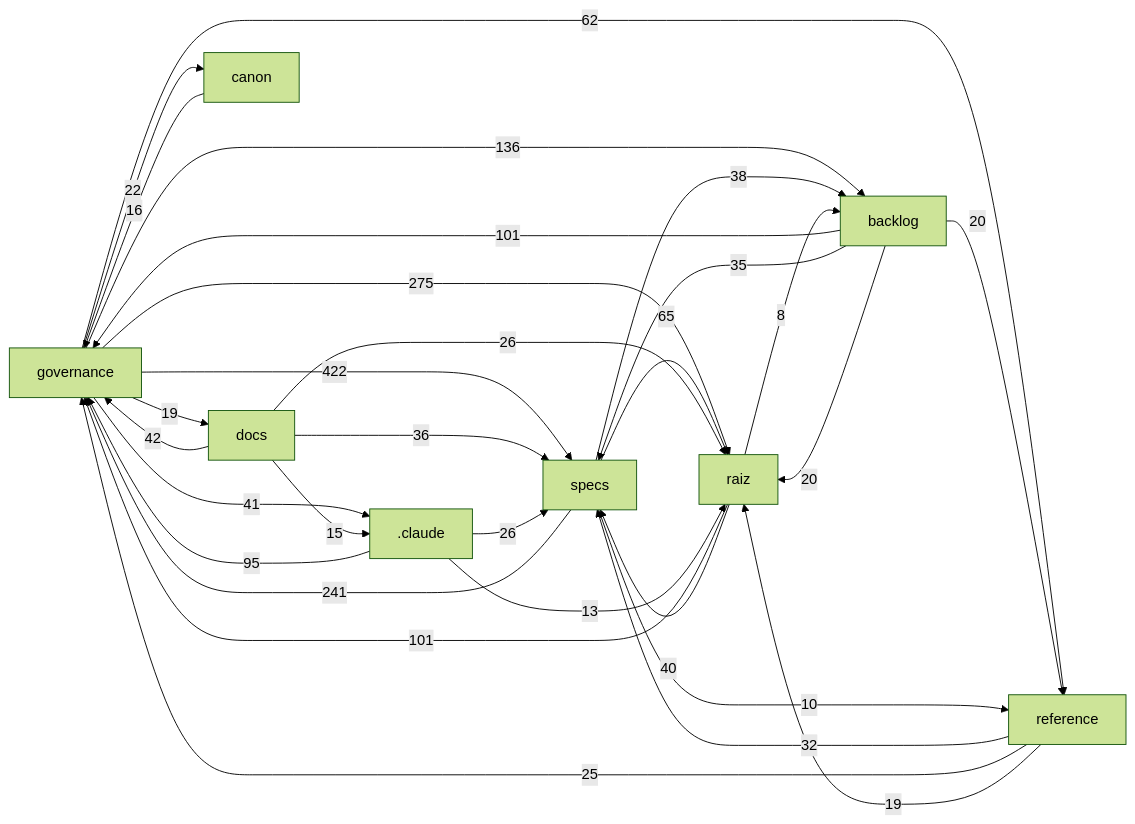
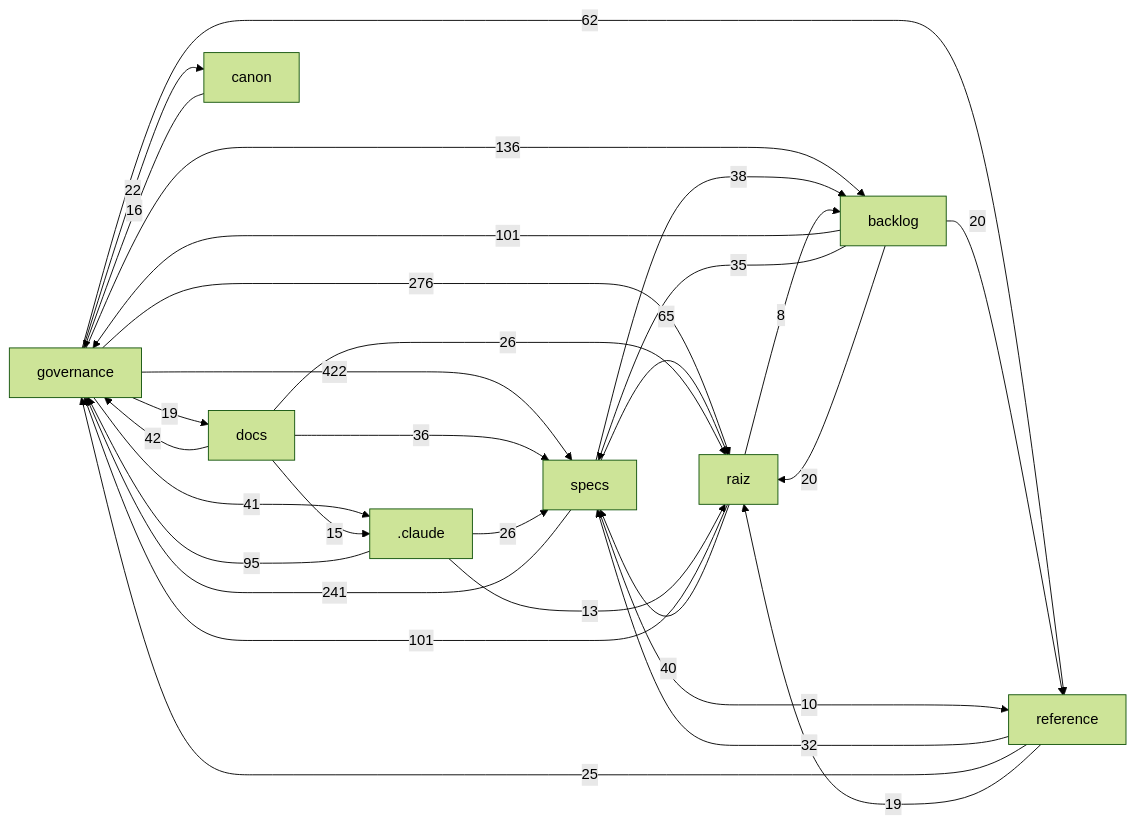
One commit to Andraus35/Sistema-Operacional-de-Trading--SOT changed the diagram in docs/mapa/MAPA-PROJETO.md. Above: the diagram before and after it, drawn with Mermaid (forest theme). The commit also changed other lines of this file and 4 other files, not shown here.

````diff
--- a/docs/mapa/MAPA-PROJETO.md
+++ b/docs/mapa/MAPA-PROJETO.md
@@ -29,32 +29,32 @@
 ```mermaid
 flowchart LR
   governance["governance"] -->|422| specs["specs"]
-  governance["governance"] -->|275| raiz["raiz"]
+  governance["governance"] -->|276| raiz["raiz"]
   specs["specs"] -->|241| governance["governance"]
   governance["governance"] -->|136| backlog["backlog"]
   raiz["raiz"] -->|101| governance["governance"]
   backlog["backlog"] -->|101| governance["governance"]
   _claude[".claude"] -->|95| governance["governance"]
   specs["specs"] -->|65| raiz["raiz"]
   governance["governance"] -->|62| reference["reference"]
   docs["docs"] -->|42| governance["governance"]
   governance["governance"] -->|41| _claude[".claude"]
   raiz["raiz"] -->|40| specs["specs"]
   specs["specs"] -->|38| backlog["backlog"]
   docs["docs"] -->|36| specs["specs"]
   backlog["backlog"] -->|35| specs["specs"]
   reference["reference"] -->|32| specs["specs"]
   _claude[".claude"] -->|26| specs["specs"]
   docs["docs"] -->|26| raiz["raiz"]
   reference["reference"] -->|25| governance["governance"]
   governance["governance"] -->|22| canon["canon"]
   backlog["backlog"] -->|20| raiz["raiz"]
   backlog["backlog"] -->|20| reference["reference"]
   governance["governance"] -->|19| docs["docs"]
   reference["reference"] -->|19| raiz["raiz"]
   canon["canon"] -->|16| governance["governance"]
   docs["docs"] -->|15| _claude[".claude"]
   _claude[".claude"] -->|13| raiz["raiz"]
   specs["specs"] -->|10| reference["reference"]
   raiz["raiz"] -->|8| backlog["backlog"]
 ```
````
